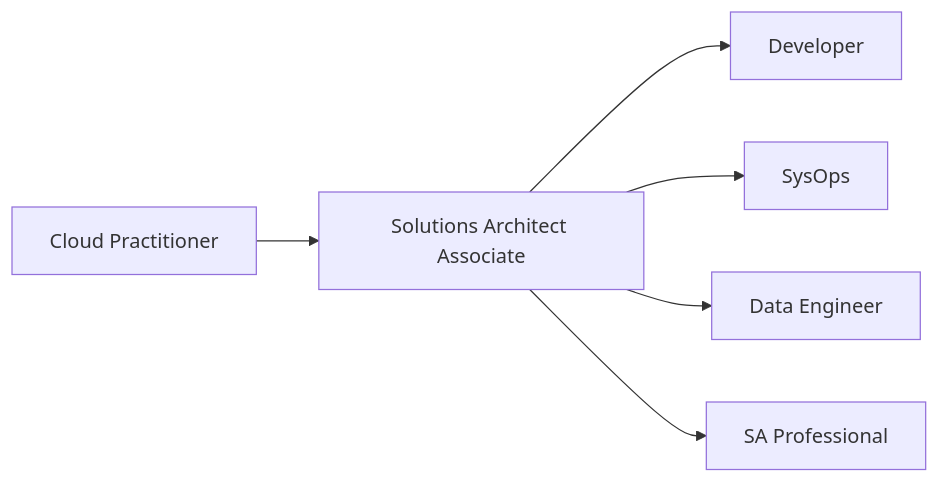
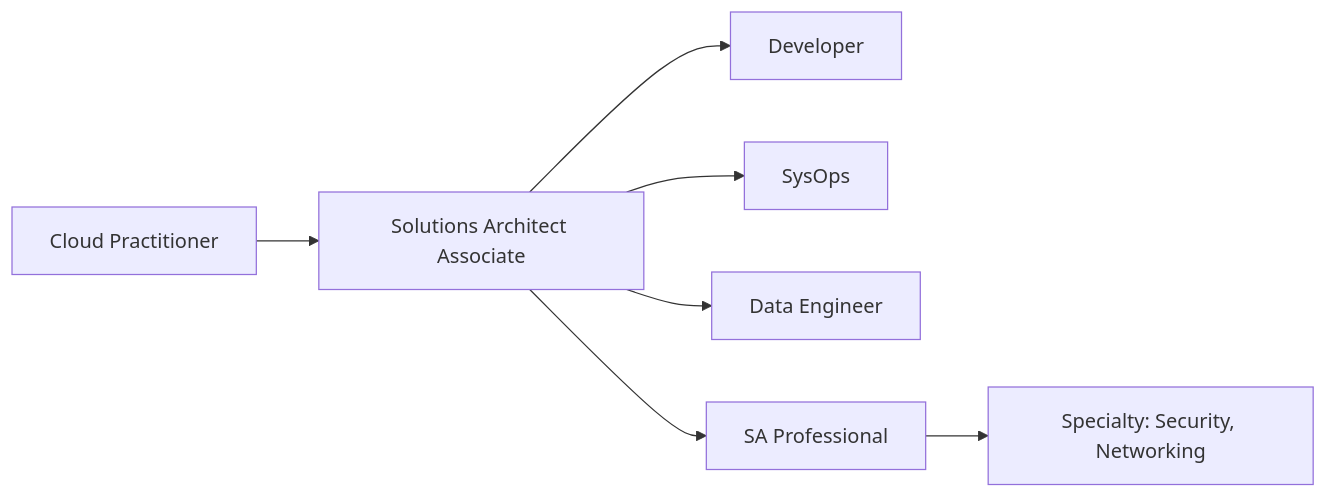
One commit to passion-Infinity/personal-tech-playbook changed the diagram in src/assets/knowledge/playbooks/aws/aws-certification-roadmap.md. Above: the diagram before and after it, drawn with Mermaid. The commit also changed other lines of this file and 4 other files, not shown here.

First line of the commit message:
Deep-dive rewrite: AWS cost/FinOps, developer toolkit, backup, cert roadmap (AWS topic complete)

````diff
--- a/src/assets/knowledge/playbooks/aws/aws-certification-roadmap.md
+++ b/src/assets/knowledge/playbooks/aws/aws-certification-roadmap.md
@@ -15,8 +24,9 @@
 ```mermaid
 flowchart LR
     CP["Cloud Practitioner"] --> SAA["Solutions Architect Associate"]
     SAA --> DVA[Developer]
     SAA --> SOA[SysOps]
     SAA --> DEA["Data Engineer"]
     SAA --> SAP["SA Professional"]
+    SAP --> SPEC["Specialty: Security, Networking"]
 ```
````
